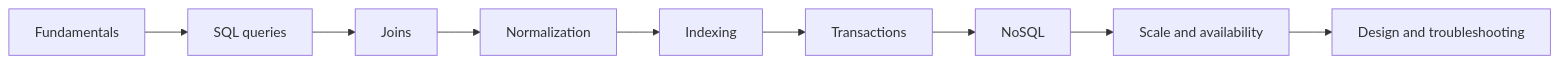
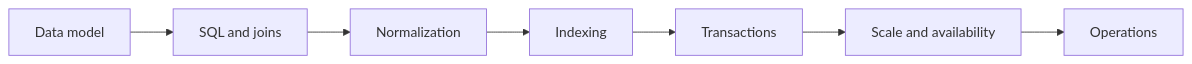
Before and after one commit to rashid-mamun/tech-interview-hub: the diagram in docs/database/index.md, drawn with Mermaid. The commit also changed other lines of this file and 43 other files, not shown here.

````diff
--- a/docs/database/index.md
+++ b/docs/database/index.md
@@ -4,7 +5,6 @@
 ```mermaid
 flowchart LR
-    F[Fundamentals] --> SQL[SQL queries] --> J[Joins]
-    J --> N[Normalization] --> I[Indexing]
-    I --> T[Transactions] --> NS[NoSQL]
-    NS --> S[Scale and availability] --> D[Design and troubleshooting]
+    F[Data model] --> Q[SQL and joins] --> N[Normalization]
+    N --> I[Indexing] --> T[Transactions]
+    T --> S[Scale and availability] --> O[Operations]
 ```
````
